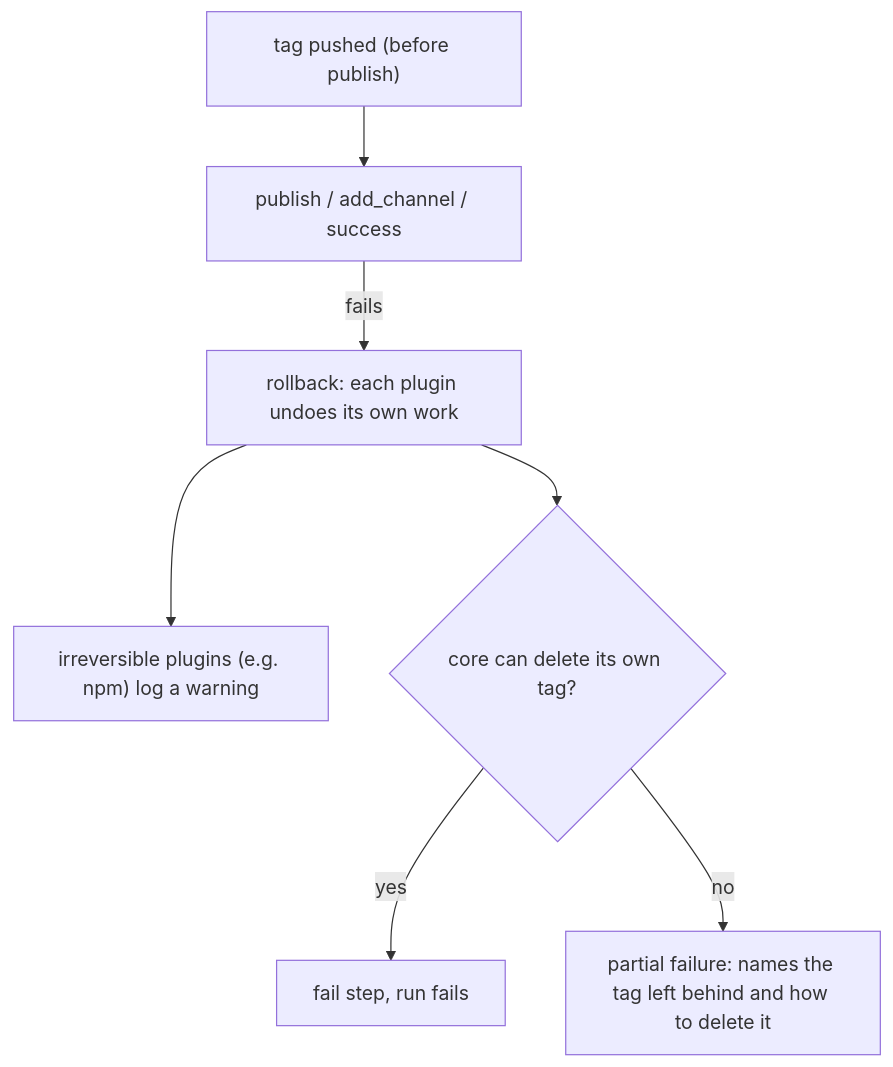
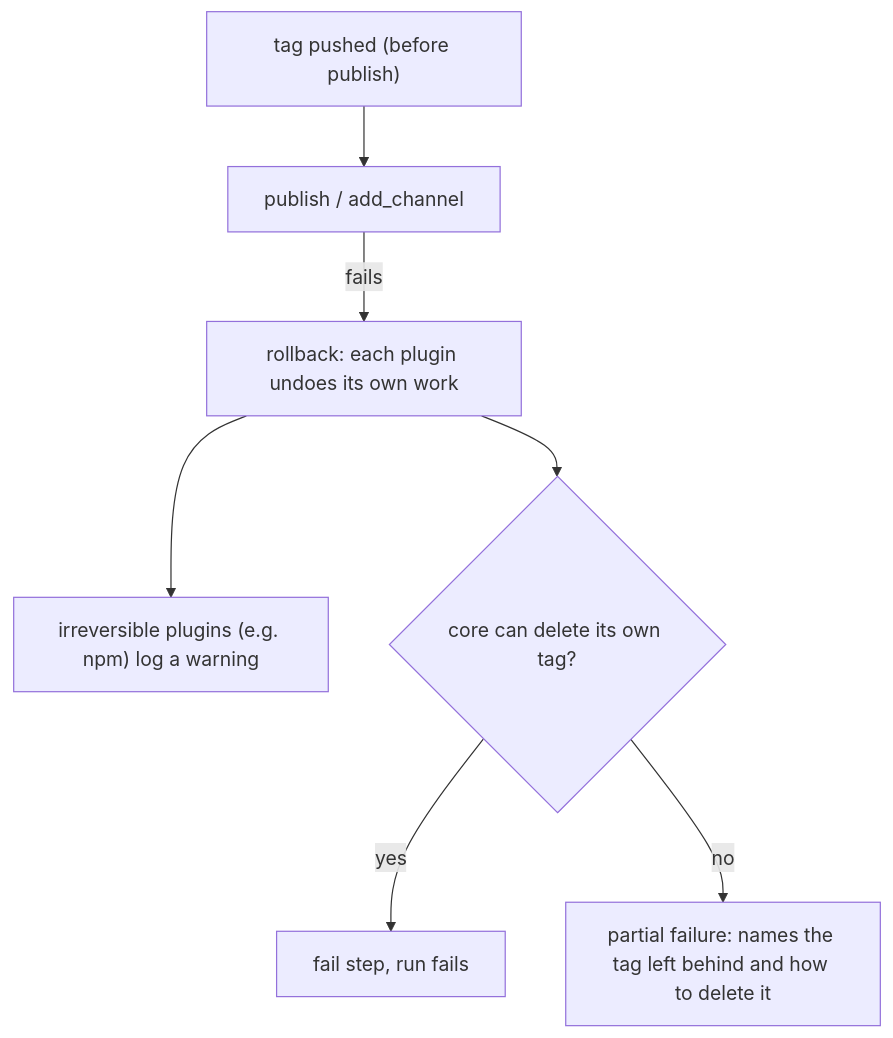
The seventh of 8 diagrams in docs/ARCHITECTURE.md (semoxide/semoxide), drawn with Mermaid before and after one commit. The commit also changed other lines of this file and 10 other files, not shown here.

````diff
--- a/docs/ARCHITECTURE.md
+++ b/docs/ARCHITECTURE.md
@@ -217,9 +218,9 @@
 ```mermaid
 flowchart TD
-    tag["tag pushed (before publish)"] --> step["publish / add_channel / success"]
+    tag["tag pushed (before publish)"] --> step["publish / add_channel"]
     step -->|fails| rb["rollback: each plugin undoes its own work"]
     rb --> irr["irreversible plugins (e.g. npm) log a warning"]
     rb --> del{"core can delete its own tag?"}
     del -->|yes| fail["fail step, run fails"]
     del -->|no| partial["partial failure: names the tag left behind and how to delete it"]
 ```
````
